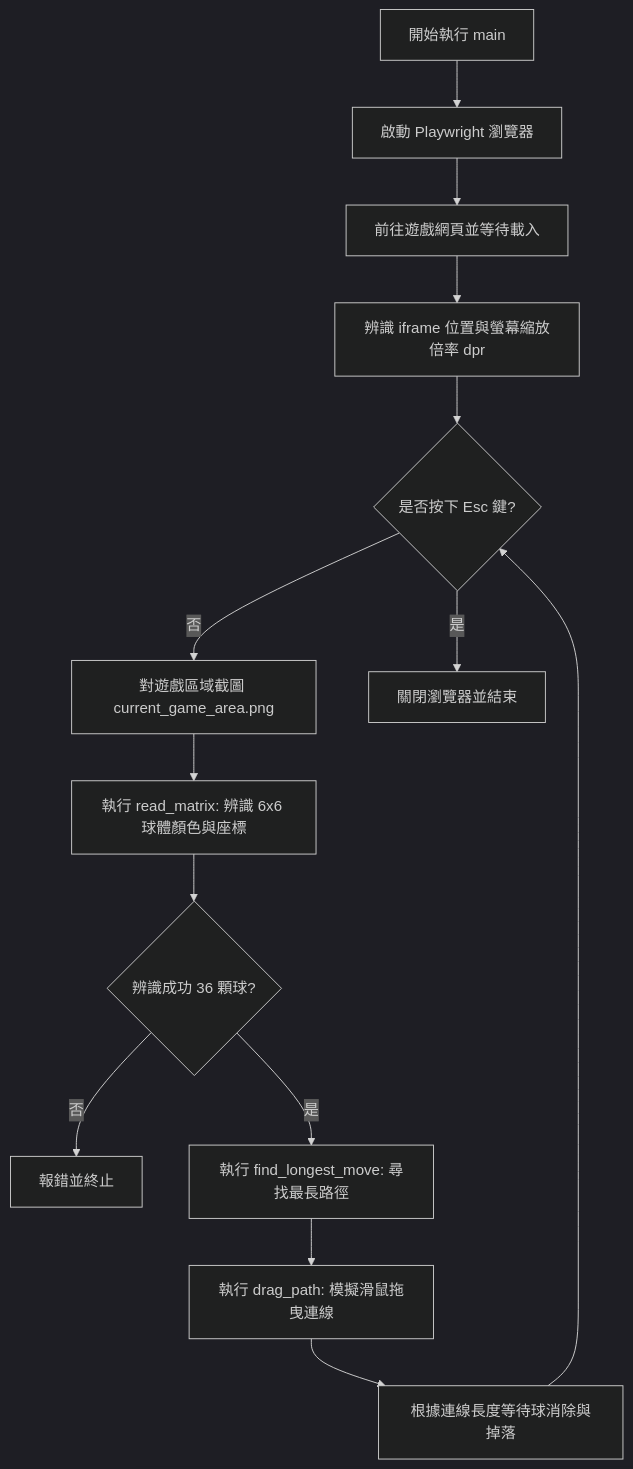
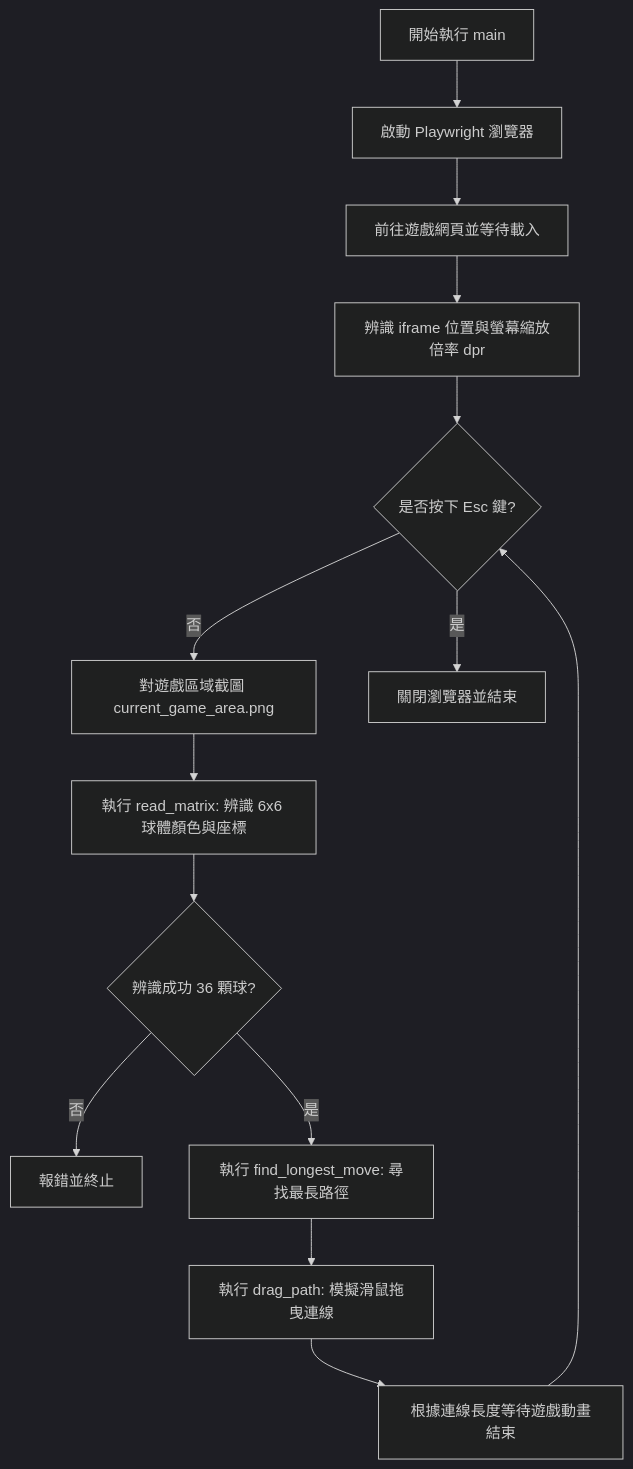
One commit to Yoyo-ace1110/Collect-Em-All changed the first of 2 diagrams in 流程圖.md. Above: the diagram before and after it, drawn with Mermaid (dark theme).

Commit message:
修正流程圖.md

````diff
--- a/流程圖.md
+++ b/流程圖.md
@@ -6,16 +6,16 @@
 ```mermaid
 graph TD
     A[開始執行 main] --> B[啟動 Playwright 瀏覽器]
     B --> C[前往遊戲網頁並等待載入]
     C --> D[辨識 iframe 位置與螢幕縮放倍率 dpr]
     D --> E{是否按下 Esc 鍵?}
     E -- 否 --> F[對遊戲區域截圖 current_game_area.png]
     F --> G[執行 read_matrix: 辨識 6x6 球體顏色與座標]
     G --> H{辨識成功 36 顆球?}
     H -- 否 --> I[報錯並終止]
     H -- 是 --> J[執行 find_longest_move: 尋找最長路徑]
     J --> K[執行 drag_path: 模擬滑鼠拖曳連線]
-    K --> L[根據連線長度等待球消除與掉落]
+    K --> L[根據連線長度等待遊戲動畫結束]
     L --> E
     E -- 是 --> M[關閉瀏覽器並結束]
 ```
````
